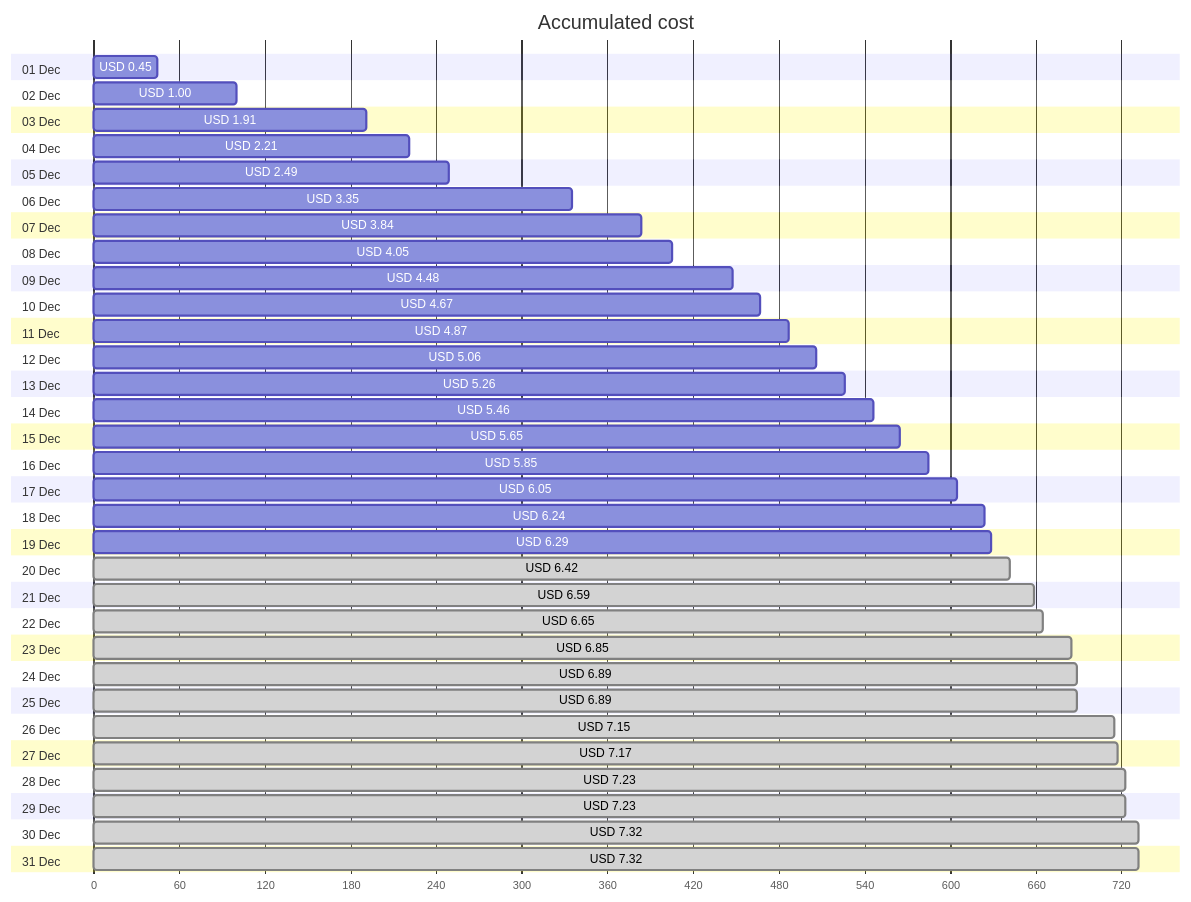
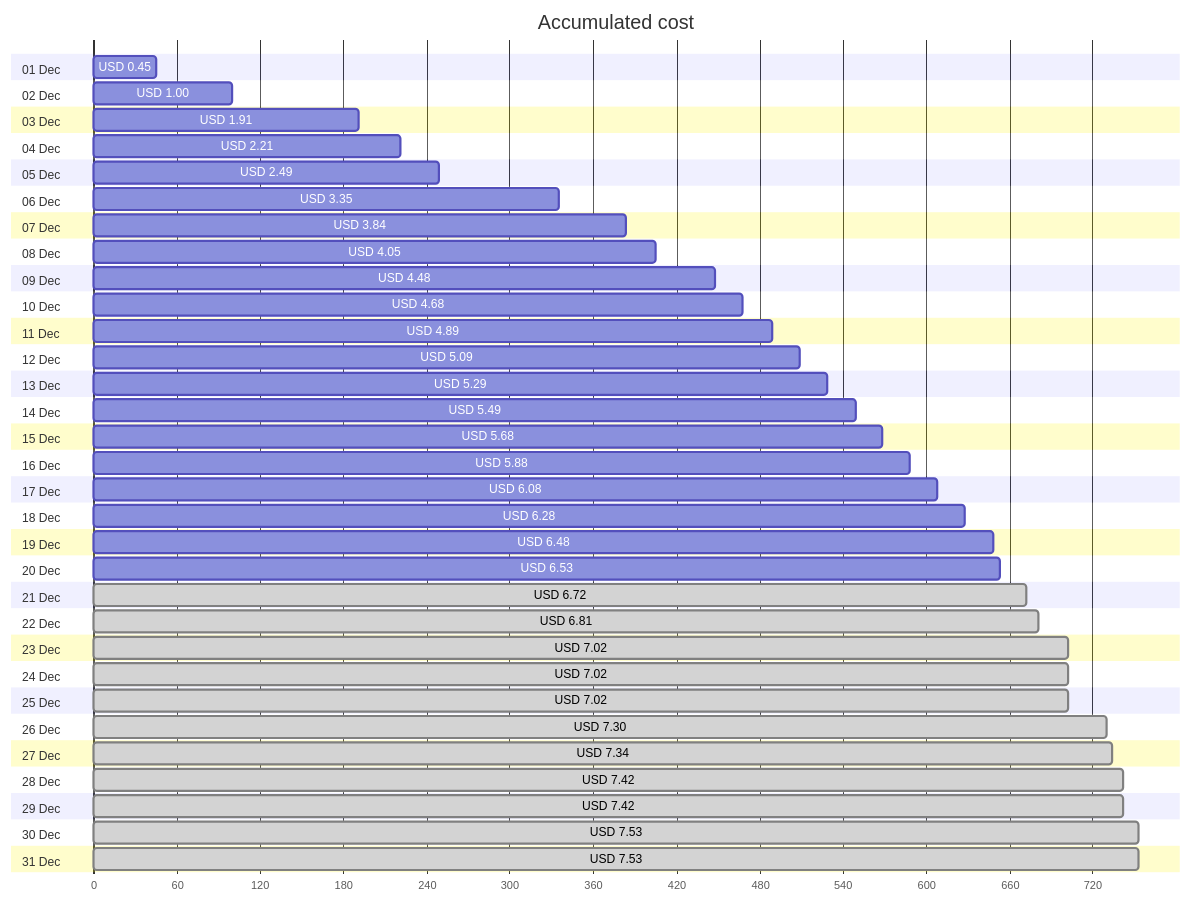
The first of 4 diagrams in cost-reports/personal-network/vpn-server.md (jpfulton/azure-personal-reports), drawn with Mermaid before and after one commit. The commit also changed other lines of this file and 8 other files, not shown here.

````diff
--- a/cost-reports/personal-network/vpn-server.md
+++ b/cost-reports/personal-network/vpn-server.md
@@ -20,68 +20,68 @@
 ```mermaid
 gantt
    title Accumulated cost
    dateFormat  X
    axisFormat %s
    section 01 Dec
    USD 0.45 :0, 45
    section 02 Dec
    USD 1.00 :0, 100
    section 03 Dec
    USD 1.91 :0, 191
    section 04 Dec
    USD 2.21 :0, 221
    section 05 Dec
    USD 2.49 :0, 249
    section 06 Dec
    USD 3.35 :0, 335
    section 07 Dec
    USD 3.84 :0, 384
    section 08 Dec
    USD 4.05 :0, 405
    section 09 Dec
    USD 4.48 :0, 448
    section 10 Dec
-   USD 4.67 :0, 467
+   USD 4.68 :0, 468
    section 11 Dec
-   USD 4.87 :0, 487
+   USD 4.89 :0, 489
    section 12 Dec
-   USD 5.06 :0, 506
+   USD 5.09 :0, 509
    section 13 Dec
-   USD 5.26 :0, 526
+   USD 5.29 :0, 529
    section 14 Dec
-   USD 5.46 :0, 546
+   USD 5.49 :0, 549
    section 15 Dec
-   USD 5.65 :0, 565
+   USD 5.68 :0, 568
    section 16 Dec
-   USD 5.85 :0, 585
+   USD 5.88 :0, 588
    section 17 Dec
-   USD 6.05 :0, 605
+   USD 6.08 :0, 608
    section 18 Dec
-   USD 6.24 :0, 624
+   USD 6.28 :0, 628
    section 19 Dec
-   USD 6.29 :0, 629
+   USD 6.48 :0, 648
    section 20 Dec
-   USD 6.42 : done, 0, 642
+   USD 6.53 :0, 653
    section 21 Dec
-   USD 6.59 : done, 0, 659
+   USD 6.72 : done, 0, 672
    section 22 Dec
-   USD 6.65 : done, 0, 665
+   USD 6.81 : done, 0, 681
    section 23 Dec
-   USD 6.85 : done, 0, 685
+   USD 7.02 : done, 0, 702
    section 24 Dec
-   USD 6.89 : done, 0, 689
+   USD 7.02 : done, 0, 702
    section 25 Dec
-   USD 6.89 : done, 0, 689
+   USD 7.02 : done, 0, 702
    section 26 Dec
-   USD 7.15 : done, 0, 715
+   USD 7.30 : done, 0, 730
    section 27 Dec
-   USD 7.17 : done, 0, 717
+   USD 7.34 : done, 0, 734
    section 28 Dec
-   USD 7.23 : done, 0, 723
+   USD 7.42 : done, 0, 742
    section 29 Dec
-   USD 7.23 : done, 0, 723
+   USD 7.42 : done, 0, 742
    section 30 Dec
-   USD 7.32 : done, 0, 732
+   USD 7.53 : done, 0, 753
    section 31 Dec
-   USD 7.32 : done, 0, 732
+   USD 7.53 : done, 0, 753
 ```
````
